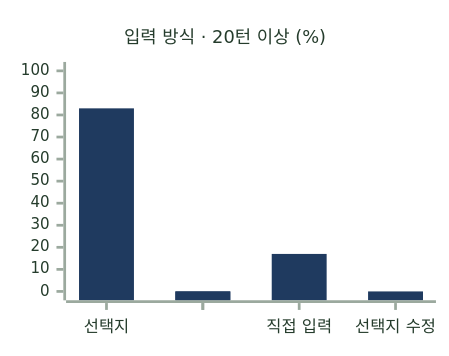
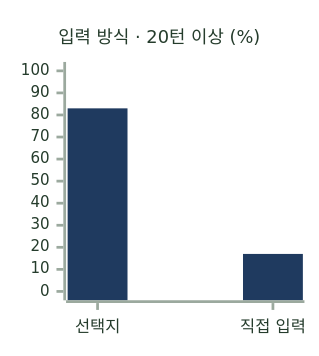
Before and after one commit to KIM-N-KANG/knk-harness: diagram 11 of 16 in docs/AI/CHAT/6-4-AI-EVALUATION-METHOD.md, drawn with Mermaid. The commit also changed other lines of this file, not shown here.

````diff
--- a/docs/AI/CHAT/6-4-AI-EVALUATION-METHOD.md
+++ b/docs/AI/CHAT/6-4-AI-EVALUATION-METHOD.md
@@ -193,8 +193,8 @@
 ```mermaid
-%%{init: {"theme": "base", "xyChart": {"width": 308, "height": 240, "titleFontSize": 13, "xAxis": {"labelFontSize": 12}, "yAxis": {"labelFontSize": 11, "showTitle": false}}, "themeVariables": {"xyChart": {"backgroundColor": "#FFFFFF", "titleColor": "#253C2C", "xAxisLabelColor": "#253C2C", "xAxisLineColor": "#9BA99E", "xAxisTickColor": "#9BA99E", "yAxisLabelColor": "#253C2C", "yAxisLineColor": "#9BA99E", "yAxisTickColor": "#9BA99E", "plotColorPalette": "#1F3A5F"}}}}%%
+%%{init: {"theme": "base", "xyChart": {"width": 212, "height": 240, "titleFontSize": 13, "xAxis": {"labelFontSize": 12}, "yAxis": {"labelFontSize": 11, "showTitle": false}}, "themeVariables": {"xyChart": {"backgroundColor": "#FFFFFF", "titleColor": "#253C2C", "xAxisLabelColor": "#253C2C", "xAxisLineColor": "#9BA99E", "xAxisTickColor": "#9BA99E", "yAxisLabelColor": "#253C2C", "yAxisLineColor": "#9BA99E", "yAxisTickColor": "#9BA99E", "plotColorPalette": "#1F3A5F"}}}}%%
 xychart-beta
     title "입력 방식 · 20턴 이상 (%)"
-    x-axis ["선택지", " ", "직접 입력", "  ", "선택지 수정"]
+    x-axis ["선택지", "직접 입력"]
     y-axis 0 --> 100
-    bar [83, 0, 17, 0, 0]
+    bar [83, 17]
 ```
````
